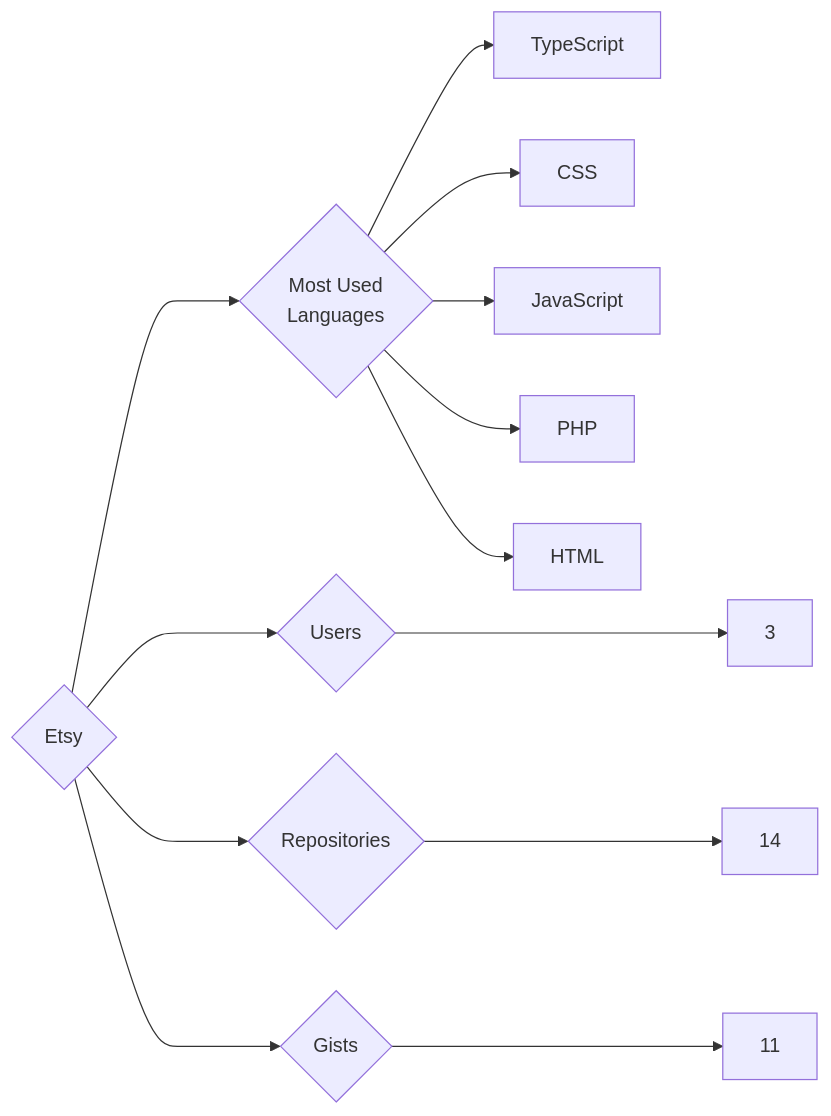
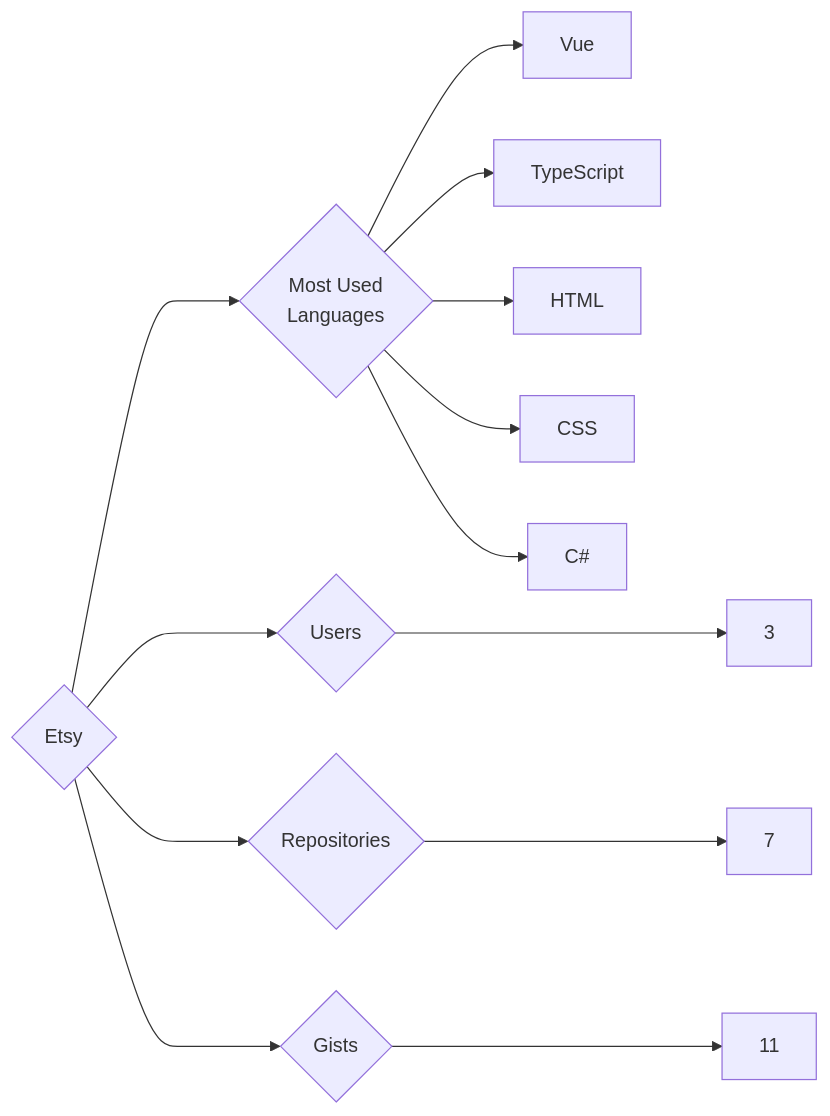
Before and after one commit to trickest/insiders: the diagram in targets/Etsy/README.md, drawn with Mermaid. The commit also changed 1007 other files, not shown here.

````diff
--- a/targets/Etsy/README.md
+++ b/targets/Etsy/README.md
@@ -3,13 +3,13 @@
 ```mermaid
 graph LR
 COMPANY_NAME{Etsy}
 COMPANY_NAME ---> U{Users} ---> UN[3]
-COMPANY_NAME ---> R{Repositories} ---> RN[14]
+COMPANY_NAME ---> R{Repositories} ---> RN[7]
 COMPANY_NAME ---> G{Gists} ---> GN[11]
 COMPANY_NAME ---> ML{Most Used<br>Languages}
+ML --> Vue[Vue]
 ML --> TypeScript[TypeScript]
+ML --> HTML[HTML]
 ML --> CSS[CSS]
-ML --> JavaScript[JavaScript]
-ML --> PHP[PHP]
-ML --> HTML[HTML]
+ML --> C#[C#]
 ```
````
